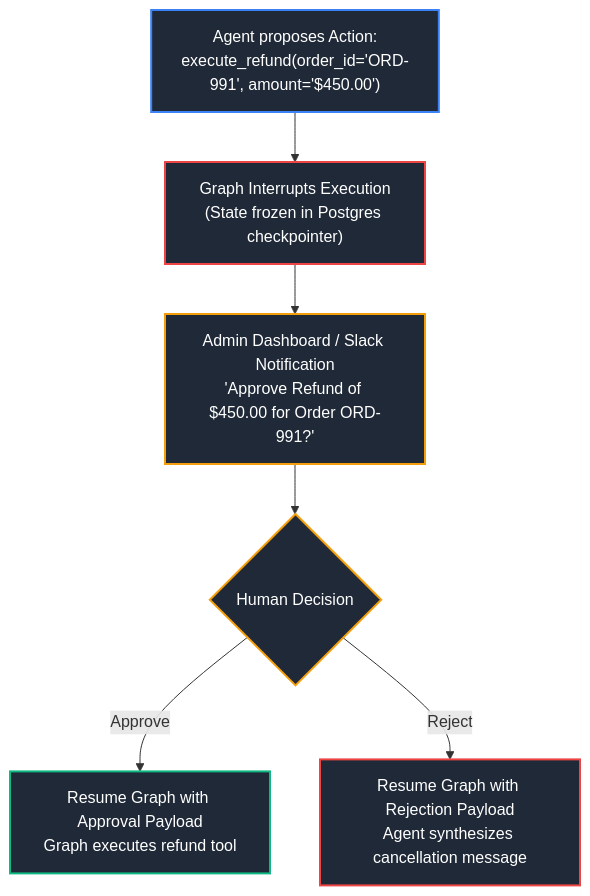
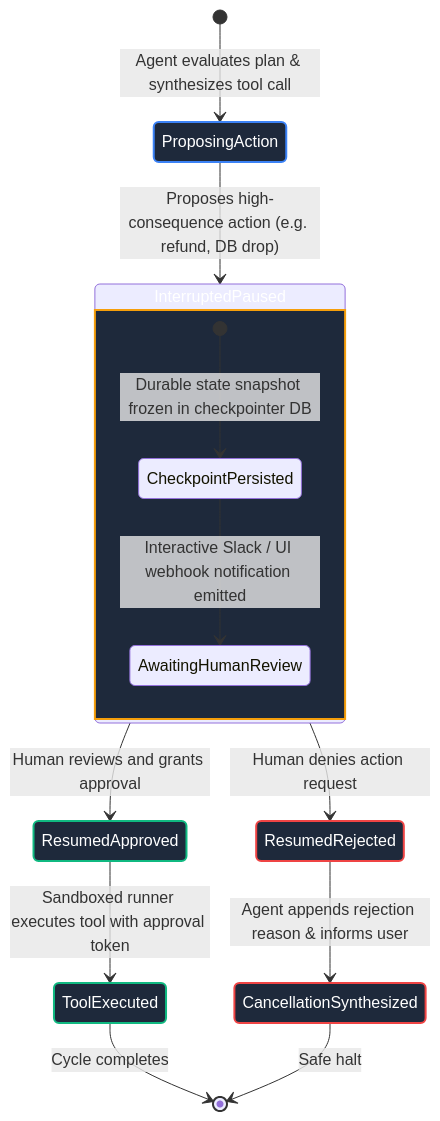
Before and after one commit to joydeep-biswas/Interview-Preparation: the third of 3 diagrams in AI Engineering/07_ai_agents_and_workflow_orchestration.md, drawn with Mermaid. The commit also changed other lines of this file and 76 other files, not shown here.

Commit message:
Updated Charts

````diff
--- a/AI Engineering/07_ai_agents_and_workflow_orchestration.md
+++ b/AI Engineering/07_ai_agents_and_workflow_orchestration.md
@@ -287,15 +272,29 @@
 ```mermaid
-flowchart TD
-    Agent["Agent proposes Action:<br/>execute_refund(order_id='ORD-991', amount='$450.00')"] --> Interrupt["Graph Interrupts Execution<br/>(State frozen in Postgres checkpointer)"]
-    Interrupt --> UI["Admin Dashboard / Slack Notification<br/>'Approve Refund of $450.00 for Order ORD-991?'"]
-    UI --> Decision{Human Decision}
-    Decision -- Approve --> Resume["Resume Graph with Approval Payload<br/>Graph executes refund tool"]
-    Decision -- Reject --> Abort["Resume Graph with Rejection Payload<br/>Agent synthesizes cancellation message"]
+stateDiagram-v2
+    classDef proposing fill:#1e293b,stroke:#3b82f6,stroke-width:2px,color:#ffffff
+    classDef paused fill:#1e293b,stroke:#f59e0b,stroke-width:2px,color:#ffffff
+    classDef approved fill:#1e293b,stroke:#10b981,stroke-width:2px,color:#ffffff
+    classDef rejected fill:#1e293b,stroke:#ef4444,stroke-width:2px,color:#ffffff
 
-    style Agent fill:#1f2937,stroke:#3b82f6,stroke-width:2px,color:#fff
-    style Interrupt fill:#1f2937,stroke:#ef4444,stroke-width:2px,color:#fff
-    style UI fill:#1f2937,stroke:#f59e0b,stroke-width:2px,color:#fff
-    style Decision fill:#1f2937,stroke:#f59e0b,stroke-width:2px,color:#fff
-    style Resume fill:#1f2937,stroke:#10b981,stroke-width:2px,color:#fff
-    style Abort fill:#1f2937,stroke:#ef4444,stroke-width:2px,color:#fff
+    [*] --> ProposingAction: Agent evaluates plan & synthesizes tool call
+    ProposingAction --> InterruptedPaused: Proposes high-consequence action (e.g. refund, DB drop)
+    
+    state InterruptedPaused {
+        [*] --> CheckpointPersisted: Durable state snapshot frozen in checkpointer DB
+        CheckpointPersisted --> AwaitingHumanReview: Interactive Slack / UI webhook notification emitted
+    }
+
+    InterruptedPaused --> ResumedApproved: Human reviews and grants approval
+    InterruptedPaused --> ResumedRejected: Human denies action request
+
+    ResumedApproved --> ToolExecuted: Sandboxed runner executes tool with approval token
+    ResumedRejected --> CancellationSynthesized: Agent appends rejection reason & informs user
+
+    ToolExecuted --> [*]: Cycle completes
+    CancellationSynthesized --> [*]: Safe halt
+
+    class ProposingAction proposing
+    class InterruptedPaused paused
+    class ResumedApproved,ToolExecuted approved
+    class ResumedRejected,CancellationSynthesized rejected
 ```
````
